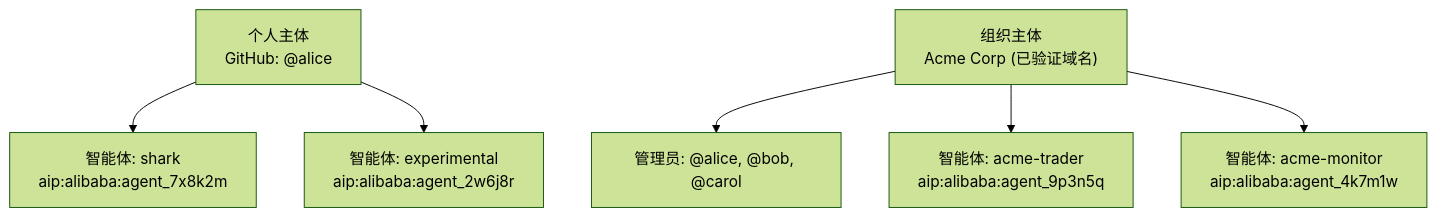
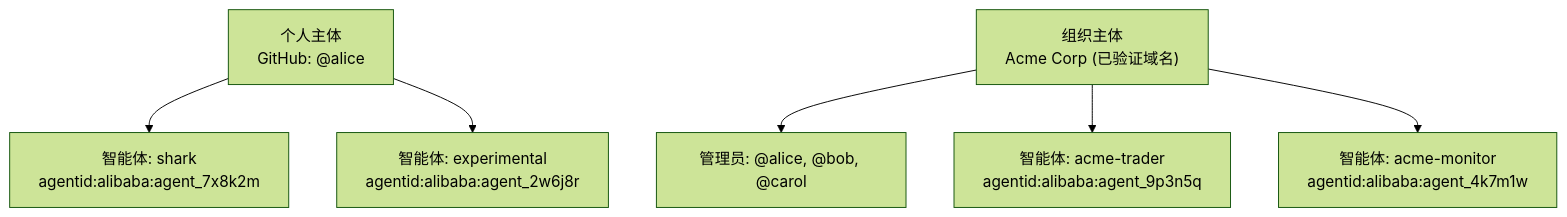
The third of 15 diagrams in design/2026-03-25-agentid.zh.md (agentscope-ai/agent-identity), drawn with Mermaid (forest theme) before and after one commit. The commit also changed other lines of this file and 12 other files, not shown here.

First line of the commit message:
URN scheme: aip:* → agentid:*

````diff
--- a/design/2026-03-25-agentid.zh.md
+++ b/design/2026-03-25-agentid.zh.md
@@ -122,11 +122,11 @@
 ```mermaid
 graph TD
     P1["个人主体<br/>GitHub: @alice"]
-    P1 --> A1["智能体: shark<br/>aip:alibaba:agent_7x8k2m"]
-    P1 --> A2["智能体: experimental<br/>aip:alibaba:agent_2w6j8r"]
+    P1 --> A1["智能体: shark<br/>agentid:alibaba:agent_7x8k2m"]
+    P1 --> A2["智能体: experimental<br/>agentid:alibaba:agent_2w6j8r"]
 
     P2["组织主体<br/>Acme Corp (已验证域名)"]
     P2 --> Admins["管理员: @alice, @bob, @carol"]
-    P2 --> A3["智能体: acme-trader<br/>aip:alibaba:agent_9p3n5q"]
-    P2 --> A4["智能体: acme-monitor<br/>aip:alibaba:agent_4k7m1w"]
+    P2 --> A3["智能体: acme-trader<br/>agentid:alibaba:agent_9p3n5q"]
+    P2 --> A4["智能体: acme-monitor<br/>agentid:alibaba:agent_4k7m1w"]
 ```
````
